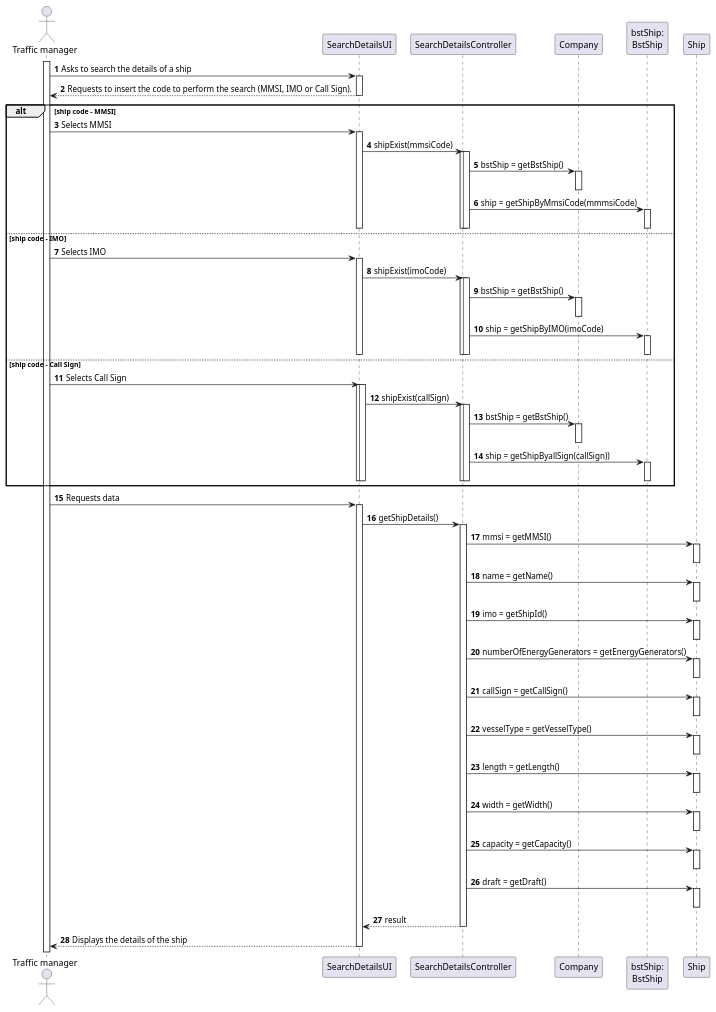
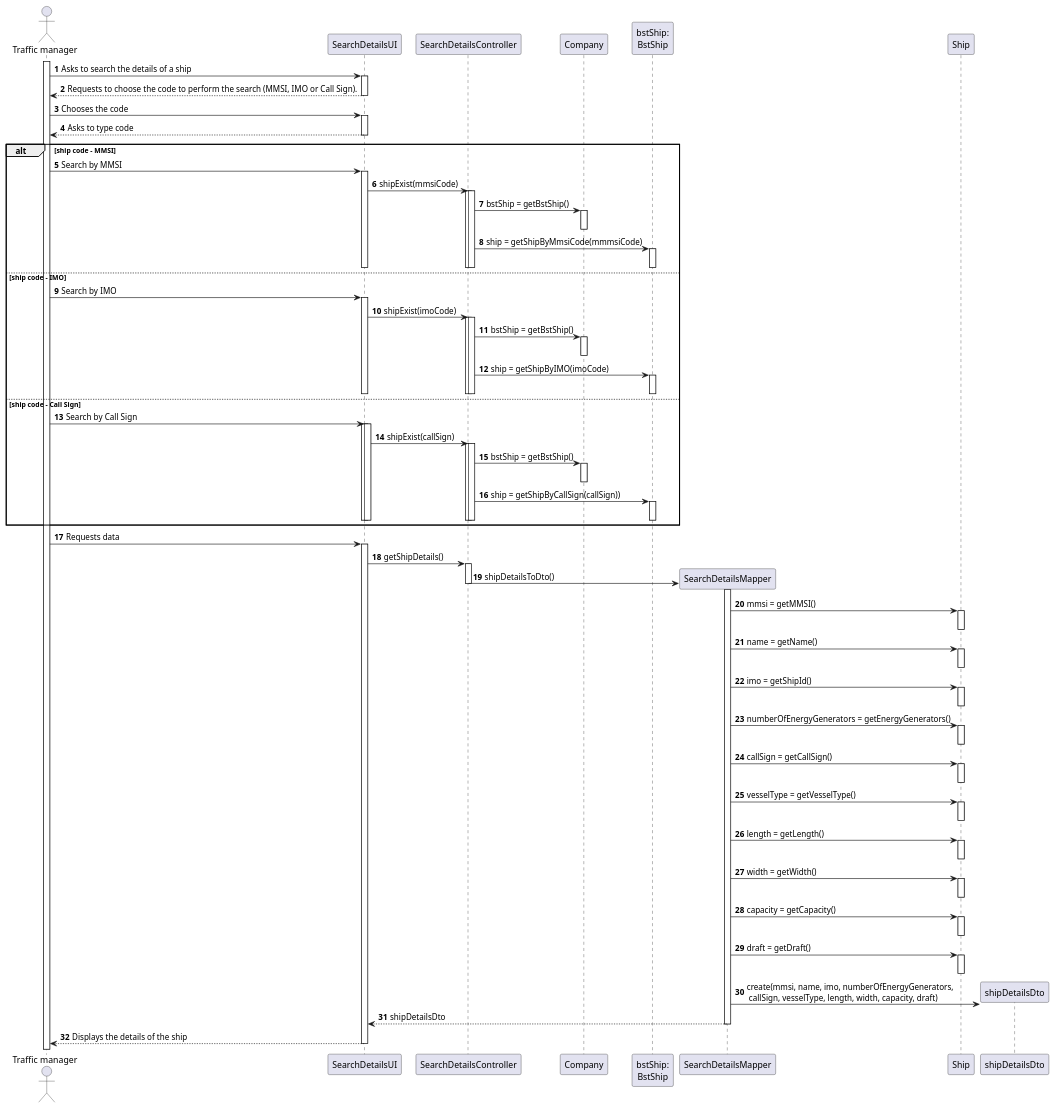
One commit to 0franciscor/lapr3-2021-g042 changed the diagram in docs/US102/US102_SD.puml. Above: the diagram before and after it, drawn with PlantUML.

Commit message:
G42-69 #time 2h30 #comment Design US102 - Sequence Diagram

```diff
--- a/docs/US102/US102_SD.puml
+++ b/docs/US102/US102_SD.puml
@@ -1,111 +1,122 @@
 @startuml
 autonumber
 
 actor "Traffic manager" as manager
 participant "SearchDetailsUI" as sdUI
 participant "SearchDetailsController" as sdCTRL
 participant "Company" as COMP
 participant "bstShip:\nBstShip" as BstShip
+participant "SearchDetailsMapper" as sdMAPPER
 participant "Ship" as SHIP
+participant "Ship" as SHIP
+participant "shipDetailsDto" as SHIPDETDTO
 
 
 activate manager
 manager -> sdUI : Asks to search the details of a ship
 activate sdUI
-sdUI --> manager : Requests to insert the code to perform the search (MMSI, IMO or Call Sign).
+sdUI --> manager : Requests to choose the code to perform the search (MMSI, IMO or Call Sign).
 deactivate sdUI
 
+manager -> sdUI : Chooses the code
+activate sdUI
+sdUI --> manager : Asks to type code
+deactivate sdUI
 
 alt ship code - MMSI
-manager -> sdUI  : Selects MMSI
+manager -> sdUI  : Search by MMSI
 activate sdUI
 sdUI-> sdCTRL: shipExist(mmsiCode)
 activate sdCTRL
 activate sdCTRL
 sdCTRL -> COMP : bstShip = getBstShip()
 activate COMP
 deactivate COMP
 sdCTRL -> BstShip : ship = getShipByMmsiCode(mmmsiCode)
 activate BstShip
 deactivate BstShip
 deactivate sdCTRL
 deactivate sdCTRL
 deactivate sdUI
 
 else ship code - IMO
-manager -> sdUI  : Selects IMO
+manager -> sdUI  : Search by IMO
 activate sdUI
 sdUI-> sdCTRL: shipExist(imoCode)
 activate sdCTRL
 activate sdCTRL
 sdCTRL -> COMP : bstShip = getBstShip()
 activate COMP
 deactivate COMP
 sdCTRL -> BstShip : ship = getShipByIMO(imoCode)
 activate BstShip
 deactivate BstShip
 deactivate sdCTRL
 deactivate sdCTRL
 deactivate sdUI
 deactivate sdUI
 
 else ship code - Call Sign
-manager -> sdUI : Selects Call Sign
+manager -> sdUI : Search by Call Sign
 activate sdUI
 activate sdUI
 sdUI-> sdCTRL: shipExist(callSign)
 activate sdCTRL
 activate sdCTRL
 sdCTRL -> COMP : bstShip = getBstShip()
 activate COMP
 deactivate COMP
-sdCTRL -> BstShip : ship = getShipByallSign(callSign))
+sdCTRL -> BstShip : ship = getShipByCallSign(callSign))
 activate BstShip
 deactivate BstShip
 deactivate sdCTRL
 deactivate sdCTRL
 deactivate sdUI
 deactivate sdUI
 end
 
 
 manager -> sdUI : Requests data
 activate sdUI
 sdUI -> sdCTRL : getShipDetails()
 activate sdCTRL
-sdCTRL -> SHIP : mmsi = getMMSI()
+sdCTRL-> sdMAPPER** : shipDetailsToDto()
+deactivate sdCTRL
+activate sdMAPPER
+sdMAPPER -> SHIP : mmsi = getMMSI()
 activate SHIP
 deactivate SHIP
-sdCTRL -> SHIP : name = getName()
+sdMAPPER -> SHIP : name = getName()
 activate SHIP
 deactivate SHIP
-sdCTRL -> SHIP : imo = getShipId()
+sdMAPPER -> SHIP : imo = getShipId()
 activate SHIP
 deactivate SHIP
-sdCTRL -> SHIP : numberOfEnergyGenerators = getEnergyGenerators()
+sdMAPPER -> SHIP : numberOfEnergyGenerators = getEnergyGenerators()
 activate SHIP
 deactivate SHIP
-sdCTRL -> SHIP : callSign = getCallSign()
+sdMAPPER -> SHIP : callSign = getCallSign()
 activate SHIP
 deactivate SHIP
-sdCTRL -> SHIP : vesselType = getVesselType()
+sdMAPPER -> SHIP : vesselType = getVesselType()
 activate SHIP
 deactivate SHIP
-sdCTRL -> SHIP : length = getLength()
+sdMAPPER -> SHIP : length = getLength()
 activate SHIP
 deactivate SHIP
-sdCTRL -> SHIP : width = getWidth()
+sdMAPPER -> SHIP : width = getWidth()
 activate SHIP
 deactivate SHIP
-sdCTRL -> SHIP : capacity = getCapacity()
+sdMAPPER -> SHIP : capacity = getCapacity()
 activate SHIP
 deactivate SHIP
-sdCTRL -> SHIP : draft = getDraft()
+sdMAPPER -> SHIP : draft = getDraft()
 activate SHIP
 deactivate SHIP
-sdCTRL --> sdUI : result
-deactivate sdCTRL
+sdMAPPER -> SHIPDETDTO** : create(mmsi, name, imo, numberOfEnergyGenerators,\n callSign, vesselType, length, width, capacity, draft)
+sdMAPPER --> sdUI : shipDetailsDto
+deactivate sdMAPPER
 sdUI --> manager : Displays the details of the ship
 deactivate sdUI
 
 @enduml
```
